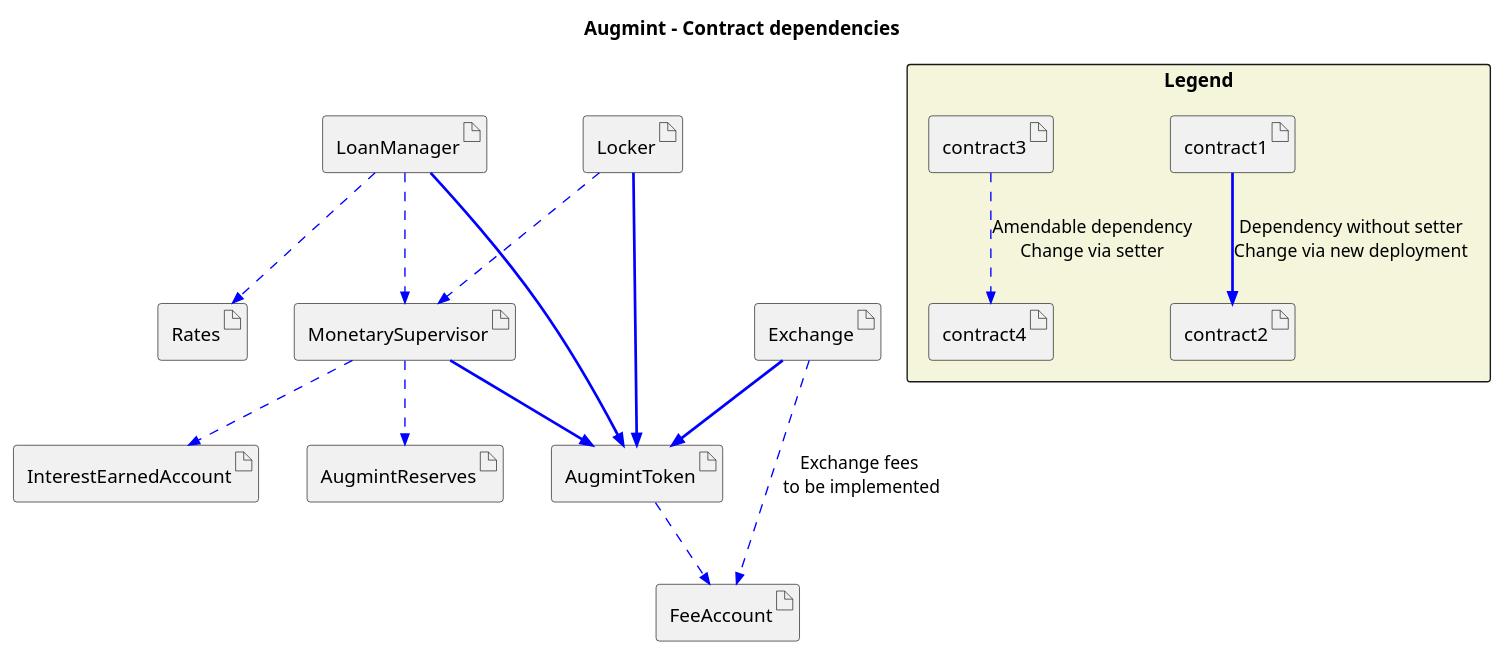
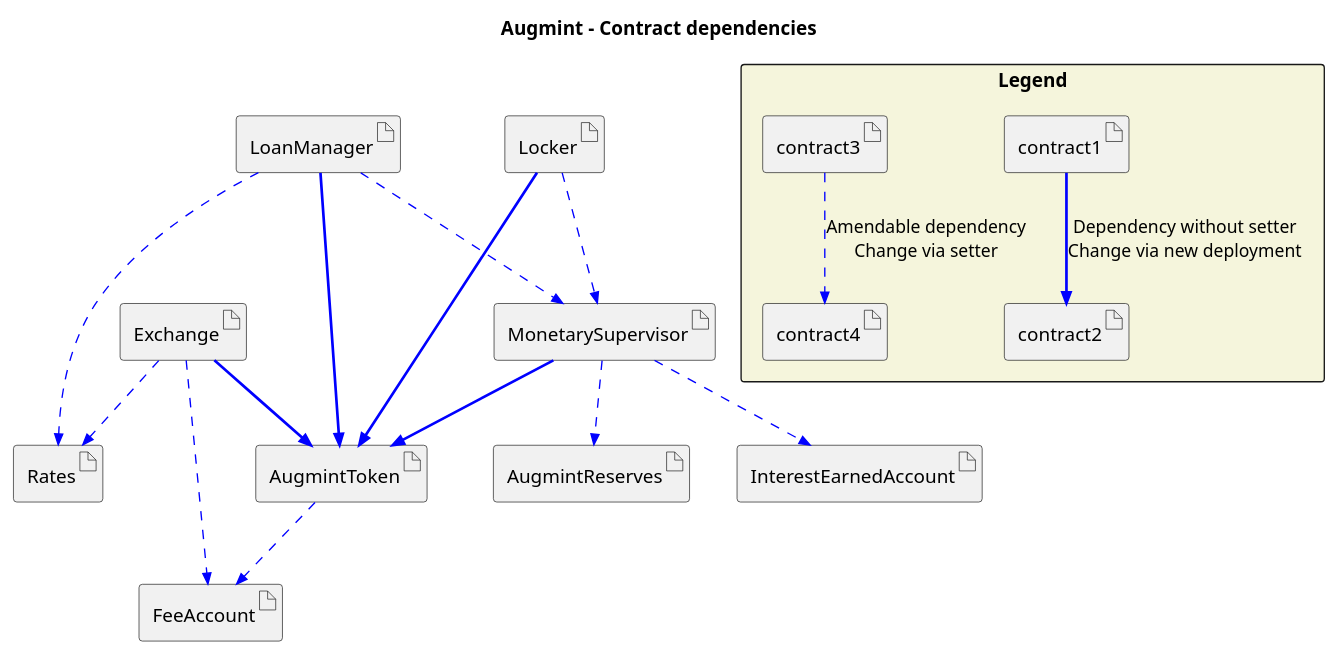
Before and after one commit to Augmint/augmint-contracts: the diagram in docs/contractDependencies.plantuml, drawn with PlantUML. The commit also changed 5 other files, not shown here.

Commit message:
add Rates contract and setter to Exchange

```diff
--- a/docs/contractDependencies.plantuml
+++ b/docs/contractDependencies.plantuml
@@ -1,42 +1,43 @@
 @startuml
 title **Augmint** - Contract dependencies
 skinparam ArrowColor #blue
 skinparam noteBackgroundColor #lightgrey
 
 artifact Rates
 artifact AugmintReserves
 artifact FeeAccount
 artifact AugmintToken
 artifact InterestEarnedAccount
 artifact MonetarySupervisor
 artifact LoanManager
 artifact Locker
 artifact Exchange
 
 
 rectangle "Legend" #Beige {
 	artifact contract1
 	artifact contract2
     artifact contract3
 	artifact contract4
     contract1 ==>> contract2 : Dependency without setter\nChange via new deployment
     contract3 ..>> contract4 : Amendable dependency\nChange via setter
 }
 
 AugmintToken ..>> FeeAccount
 
 MonetarySupervisor ==>> AugmintToken
 MonetarySupervisor ..>> AugmintReserves
 MonetarySupervisor ..>> InterestEarnedAccount
 
 LoanManager ==>> AugmintToken
 LoanManager ..>> MonetarySupervisor
 LoanManager ..>> Rates
 
 Locker ==>> AugmintToken
 Locker ..>> MonetarySupervisor
 
 Exchange ==>> AugmintToken
-Exchange ..>> FeeAccount : Exchange fees \nto be implemented
+Exchange ..>> Rates
+Exchange ..>> FeeAccount
 
 @enduml
```
